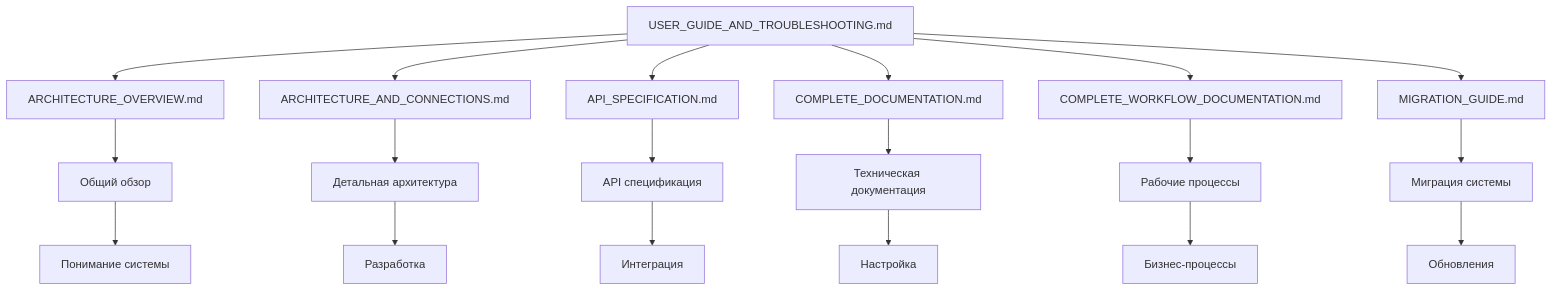
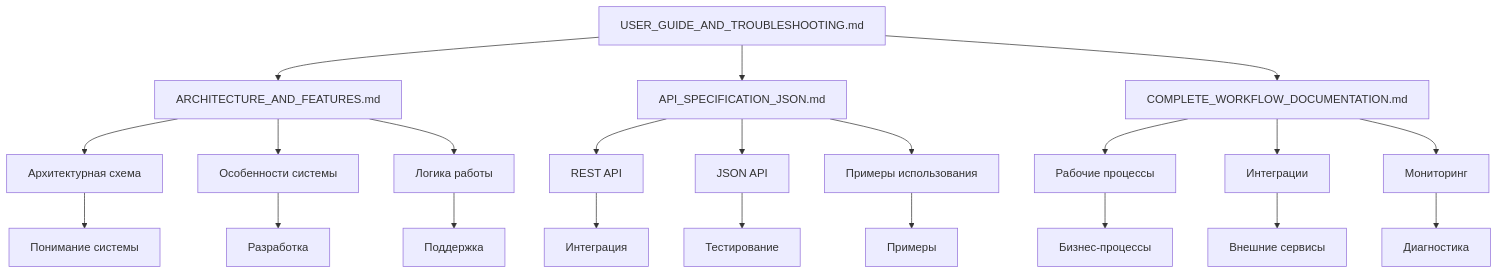
Before and after one commit to agolubenk/hr_hf_helper: the third of 3 diagrams in backend/apps/accounts/docs/USER_GUIDE_AND_TROUBLESHOOTING.md, drawn with Mermaid. The commit also changed other lines of this file and 78 other files, not shown here.

````diff
--- a/backend/apps/accounts/docs/USER_GUIDE_AND_TROUBLESHOOTING.md
+++ b/backend/apps/accounts/docs/USER_GUIDE_AND_TROUBLESHOOTING.md
@@ -614,23 +809,28 @@
 ```mermaid
 graph TD
-    A[USER_GUIDE_AND_TROUBLESHOOTING.md] --> B[ARCHITECTURE_OVERVIEW.md]
-    A --> C[ARCHITECTURE_AND_CONNECTIONS.md]
-    A --> D[API_SPECIFICATION.md]
-    A --> E[COMPLETE_DOCUMENTATION.md]
-    A --> F[COMPLETE_WORKFLOW_DOCUMENTATION.md]
-    A --> G[MIGRATION_GUIDE.md]
+    A[USER_GUIDE_AND_TROUBLESHOOTING.md] --> B[ARCHITECTURE_AND_FEATURES.md]
+    A --> C[API_SPECIFICATION_JSON.md]
+    A --> D[COMPLETE_WORKFLOW_DOCUMENTATION.md]
     
-    B --> H[Общий обзор]
-    C --> I[Детальная архитектура]
-    D --> J[API спецификация]
-    E --> K[Техническая документация]
-    F --> L[Рабочие процессы]
-    G --> M[Миграция системы]
+    B --> E[Архитектурная схема]
+    B --> F[Особенности системы]
+    B --> G[Логика работы]
     
-    H --> N[Понимание системы]
-    I --> O[Разработка]
-    J --> P[Интеграция]
-    K --> Q[Настройка]
-    L --> R[Бизнес-процессы]
-    M --> S[Обновления]
+    C --> H[REST API]
+    C --> I[JSON API]
+    C --> J[Примеры использования]
+    
+    D --> K[Рабочие процессы]
+    D --> L[Интеграции]
+    D --> M[Мониторинг]
+    
+    E --> N[Понимание системы]
+    F --> O[Разработка]
+    G --> P[Поддержка]
+    H --> Q[Интеграция]
+    I --> R[Тестирование]
+    J --> S[Примеры]
+    K --> T[Бизнес-процессы]
+    L --> U[Внешние сервисы]
+    M --> V[Диагностика]
 ```
````
